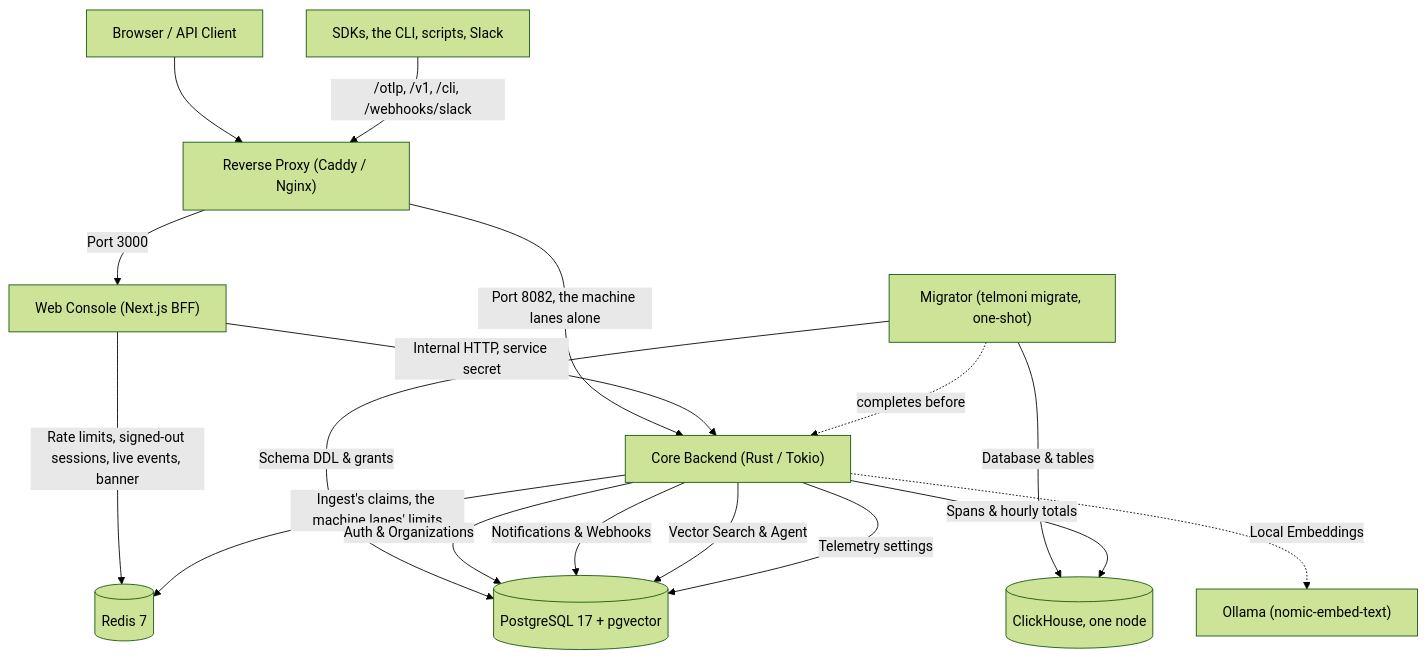
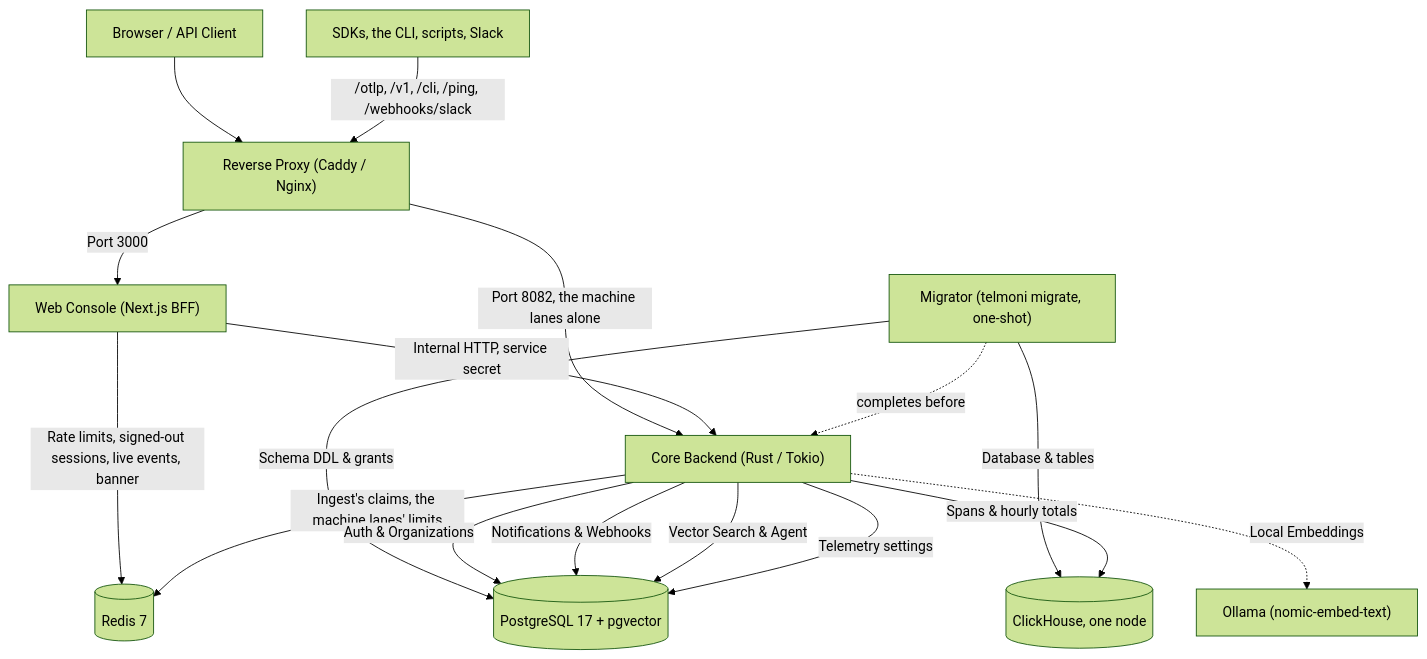
The diagram in web/content/docs/self-host/overview.mdx (telmoni/telmoni), drawn with Mermaid (forest theme) before and after one commit. The commit also changed other lines of this file and 4 other files, not shown here.

````diff
--- a/web/content/docs/self-host/overview.mdx
+++ b/web/content/docs/self-host/overview.mdx
@@ -12,22 +12,22 @@
 ```mermaid
 flowchart TD
     Client["Browser / API Client"] --> ReverseProxy["Reverse Proxy (Caddy / Nginx)"]
-    Machines["SDKs, the CLI, scripts, Slack"] -->|"/otlp, /v1, /cli, /webhooks/slack"| ReverseProxy
+    Machines["SDKs, the CLI, scripts, Slack"] -->|"/otlp, /v1, /cli, /ping, /webhooks/slack"| ReverseProxy
     ReverseProxy -->|Port 3000| Web["Web Console (Next.js BFF)"]
     ReverseProxy -->|"Port 8082, the machine lanes alone"| Server["Core Backend (Rust / Tokio)"]
 
     Web -->|Internal HTTP, service secret| Server
     Web -->|Rate limits, signed-out sessions, live events, banner| Redis[("Redis 7")]
     Server -->|Ingest's claims, the machine lanes' limits| Redis
 
     Migrator["Migrator (telmoni migrate, one-shot)"] -->|Schema DDL & grants| Postgres[("PostgreSQL 17 + pgvector")]
     Migrator -->|Database & tables| ClickHouse[("ClickHouse, one node")]
     Migrator -.->|completes before| Server
     Server -->|Auth & Organizations| Postgres
     Server -->|Notifications & Webhooks| Postgres
     Server -->|Vector Search & Agent| Postgres
     Server -->|Telemetry settings| Postgres
     Server -->|Spans & hourly totals| ClickHouse
 
     Server -.->|Local Embeddings| Ollama["Ollama (nomic-embed-text)"]
 ```
````
